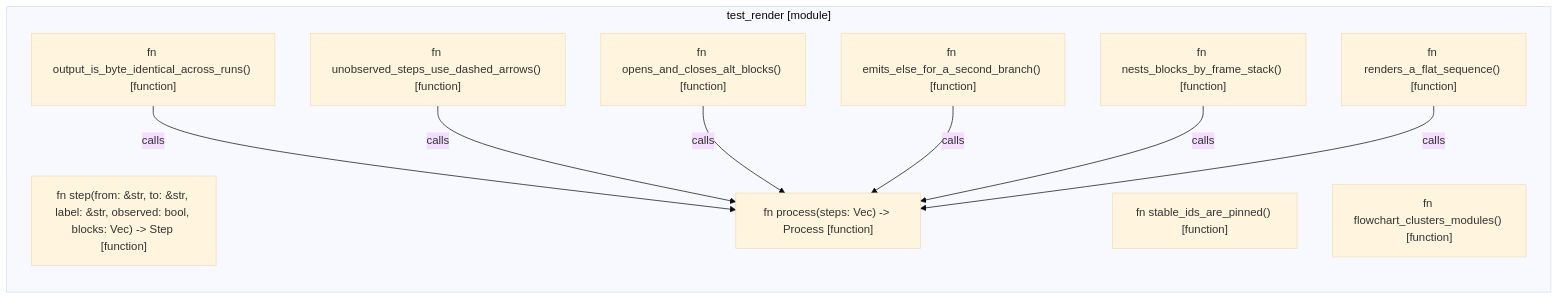
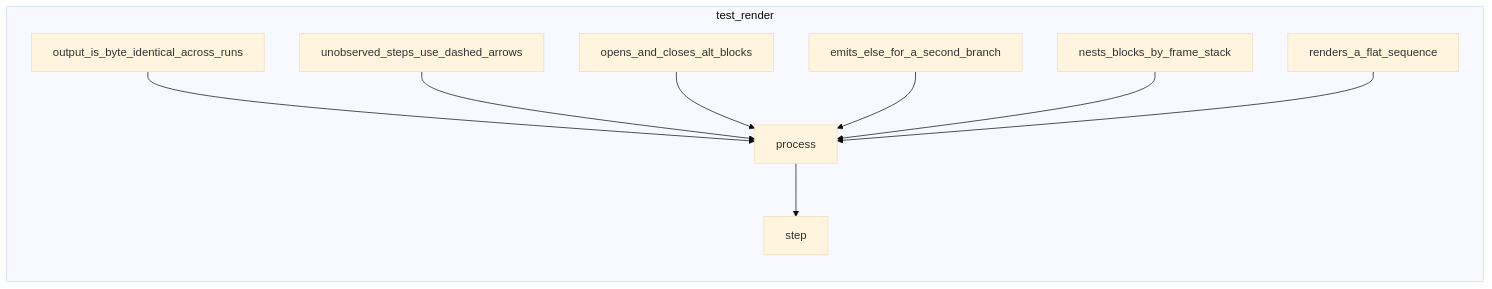
Before and after one commit to RyanGuild/self-describing-code: the second of 2 diagrams in docs/self-model/robby_render/test_render/index.md, drawn with Mermaid (base theme). The commit also changed other lines of this file and 1404 other files, not shown here.

````diff
--- a/docs/self-model/robby_render/test_render/index.md
+++ b/docs/self-model/robby_render/test_render/index.md
@@ -11,22 +24,21 @@
 ```mermaid
-flowchart TD
-    subgraph n_092b7abcfcf260db["test_render [module]"]
+flowchart TB
+    subgraph n_092b7abcfcf260db["test_render"]
         direction TB
-        n_32370c79df1f48c9["fn step(from: &str, to: &str, label: &str, observed: bool, blocks: Vec<Block>) -> Step [function]"]
-        n_016efff8aa636e20["fn process(steps: Vec<Step>) -> Process [function]"]
-        n_f34932bdcafaaace["fn renders_a_flat_sequence() [function]"]
-        n_7cea0c557227a35f["fn unobserved_steps_use_dashed_arrows() [function]"]
-        n_85e74789245bccf1["fn opens_and_closes_alt_blocks() [function]"]
-        n_8eba10265997f105["fn emits_else_for_a_second_branch() [function]"]
-        n_ae1563fdedf3f116["fn nests_blocks_by_frame_stack() [function]"]
-        n_3ff0d4fa507d354d["fn output_is_byte_identical_across_runs() [function]"]
-        n_2e9e6864f59046a7["fn stable_ids_are_pinned() [function]"]
-        n_7a167edd9760d943["fn flowchart_clusters_modules() [function]"]
+        n_8eba10265997f105["emits_else_for_a_second_branch"]
+        n_ae1563fdedf3f116["nests_blocks_by_frame_stack"]
+        n_85e74789245bccf1["opens_and_closes_alt_blocks"]
+        n_3ff0d4fa507d354d["output_is_byte_identical_across_runs"]
+        n_016efff8aa636e20["process"]
+        n_f34932bdcafaaace["renders_a_flat_sequence"]
+        n_32370c79df1f48c9["step"]
+        n_7cea0c557227a35f["unobserved_steps_use_dashed_arrows"]
     end
-    n_3ff0d4fa507d354d -->|calls| n_016efff8aa636e20
-    n_7cea0c557227a35f -->|calls| n_016efff8aa636e20
-    n_85e74789245bccf1 -->|calls| n_016efff8aa636e20
-    n_8eba10265997f105 -->|calls| n_016efff8aa636e20
-    n_ae1563fdedf3f116 -->|calls| n_016efff8aa636e20
-    n_f34932bdcafaaace -->|calls| n_016efff8aa636e20
+    n_016efff8aa636e20 --> n_32370c79df1f48c9
+    n_3ff0d4fa507d354d --> n_016efff8aa636e20
+    n_7cea0c557227a35f --> n_016efff8aa636e20
+    n_85e74789245bccf1 --> n_016efff8aa636e20
+    n_8eba10265997f105 --> n_016efff8aa636e20
+    n_ae1563fdedf3f116 --> n_016efff8aa636e20
+    n_f34932bdcafaaace --> n_016efff8aa636e20
 ```
````
